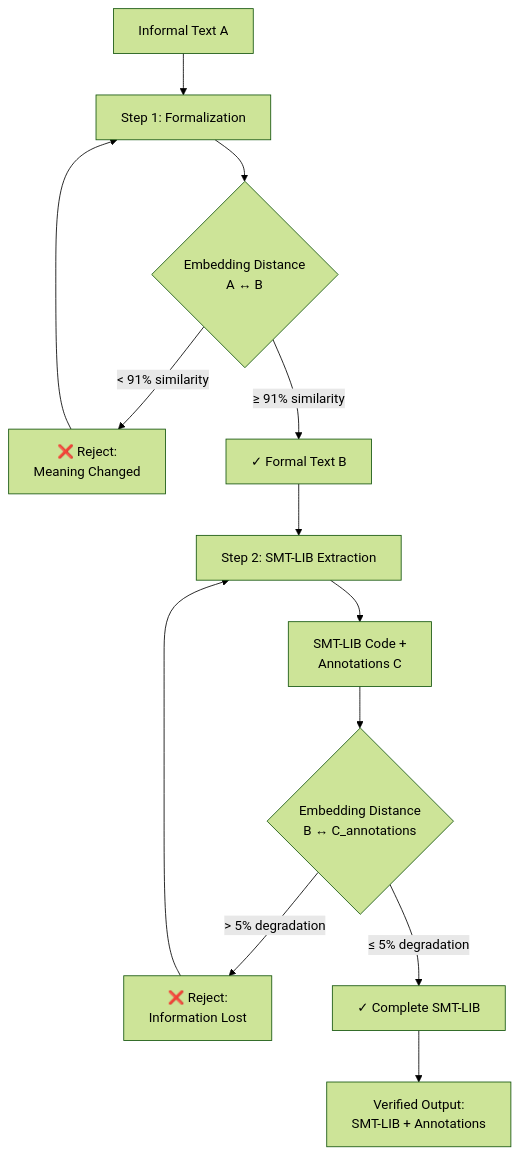
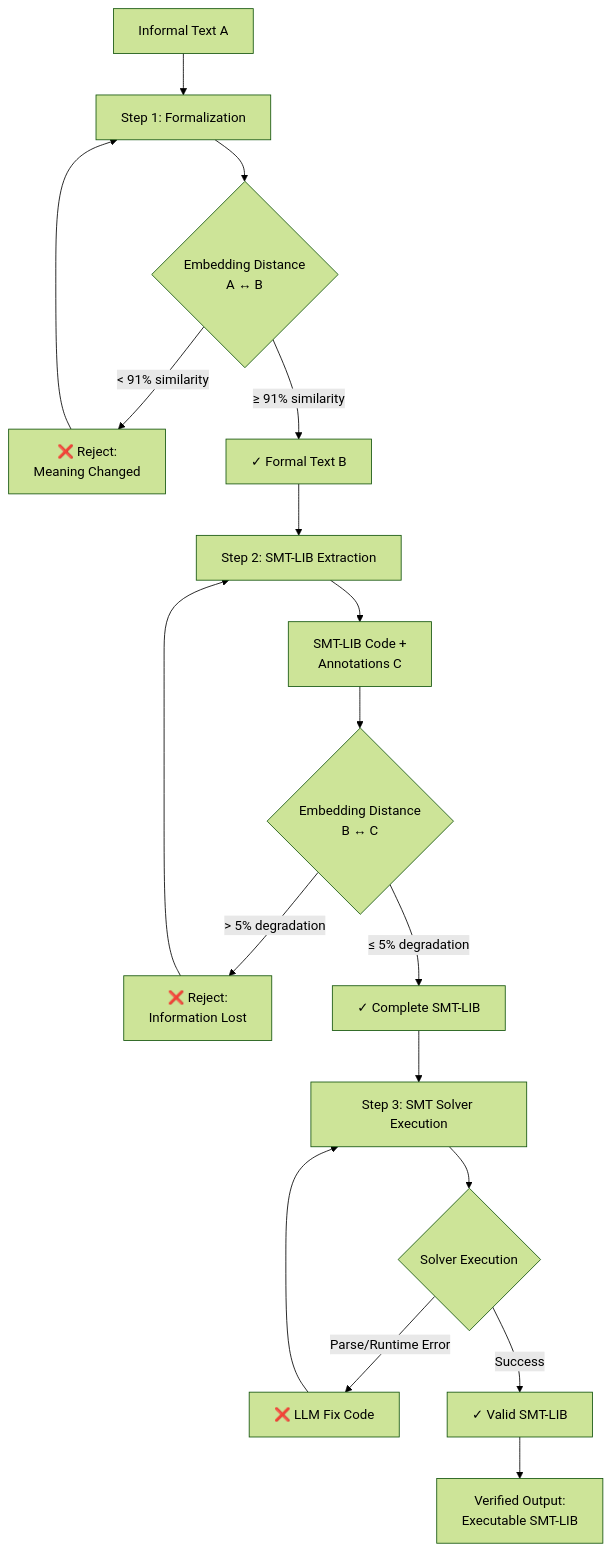
Before and after one commit to o2alexanderfedin/hupyy-temporal: the first of 7 diagrams in hypotheses/embedding-distance/PIPELINE-DESIGN.md, drawn with Mermaid (forest theme). The commit also changed other lines of this file and 14 other files, not shown here.

First line of the commit message:
feat: Add Sprint 006 NL→SMT-LIB Pipeline MVP with TDD+PP methodology

````diff
--- a/hypotheses/embedding-distance/PIPELINE-DESIGN.md
+++ b/hypotheses/embedding-distance/PIPELINE-DESIGN.md
@@ -9,17 +9,23 @@
 ```mermaid
 flowchart TD
     A[Informal Text A] --> B[Step 1: Formalization]
     B --> C{Embedding Distance<br/>A ↔ B}
     C -->|< 91% similarity| D[❌ Reject:<br/>Meaning Changed]
     C -->|≥ 91% similarity| E[✓ Formal Text B]
     D --> B
 
     E --> F[Step 2: SMT-LIB Extraction]
     F --> G[SMT-LIB Code +<br/>Annotations C]
-    G --> H{Embedding Distance<br/>B ↔ C_annotations}
+    G --> H{Embedding Distance<br/>B ↔ C}
     H -->|> 5% degradation| I[❌ Reject:<br/>Information Lost]
     H -->|≤ 5% degradation| J[✓ Complete SMT-LIB]
     I --> F
 
-    J --> K[Verified Output:<br/>SMT-LIB + Annotations]
+    J --> L[Step 3: SMT Solver Execution]
+    L --> M{Solver Execution}
+    M -->|Parse/Runtime Error| N[❌ LLM Fix Code]
+    M -->|Success| O[✓ Valid SMT-LIB]
+    N --> L
+
+    O --> P[Verified Output:<br/>Executable SMT-LIB]
 ```
````
